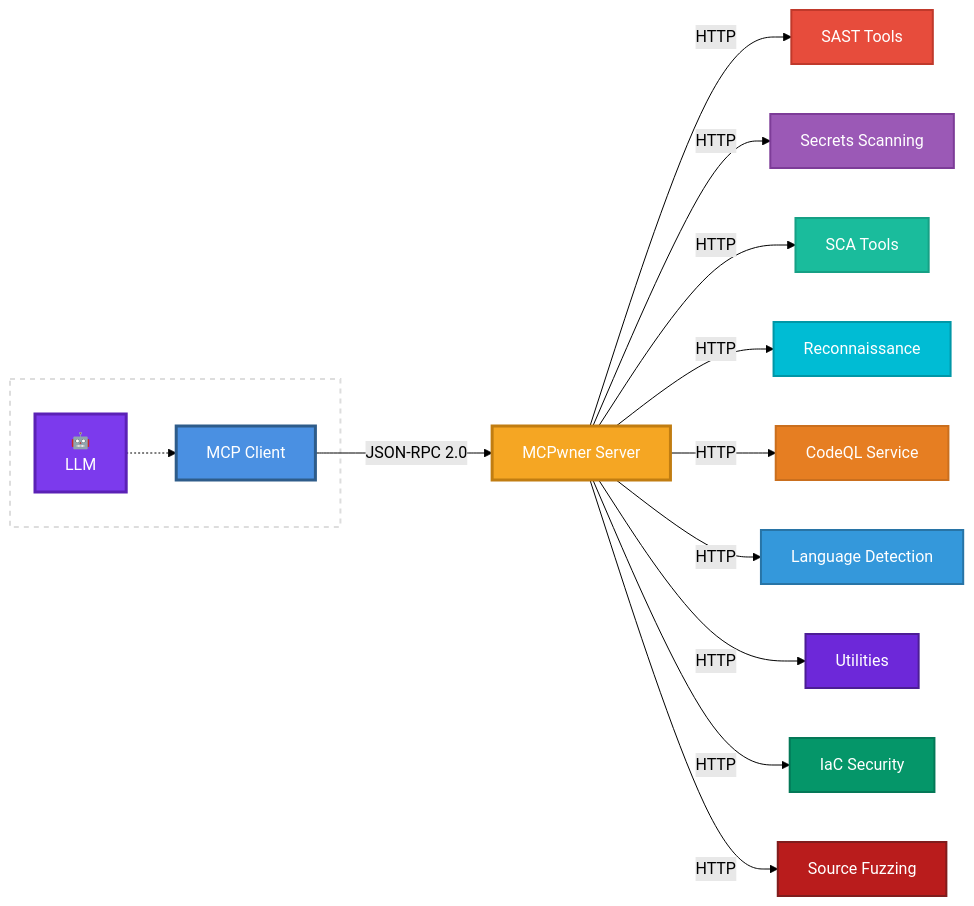
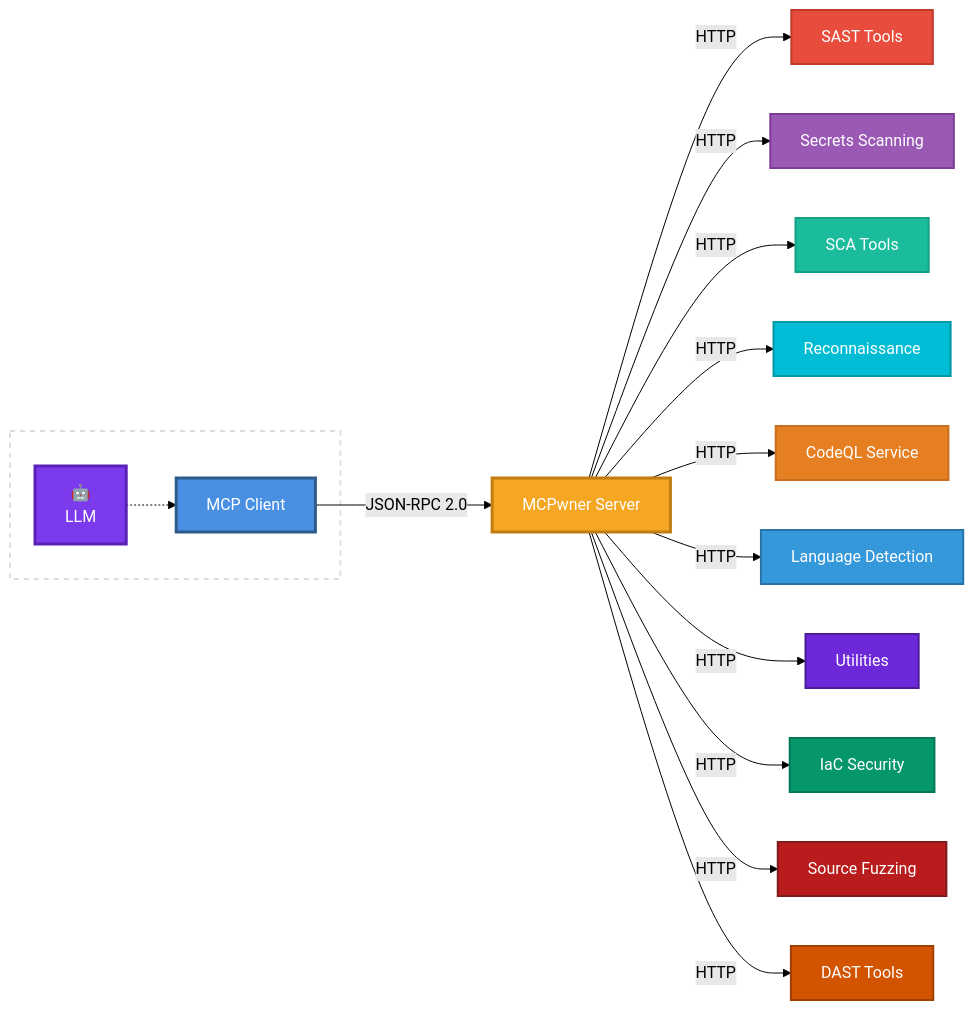
One commit to Pigyon/MCPwner changed the diagram in README.md. Above: the diagram before and after it, drawn with Mermaid (forest theme). The commit also changed other lines of this file and 8 other files, not shown here.

````diff
--- a/README.md
+++ b/README.md
@@ -302,45 +309,48 @@
 ```mermaid
 graph LR
     subgraph IDE[" "]
         LLM[🤖<br/>LLM]
         Client[MCP Client]
         LLM -.-> Client
     end
 
     Server[MCPwner Server]
 
     SAST[SAST Tools]
     Secrets[Secrets Scanning]
     SCA[SCA Tools]
     Recon[Reconnaissance]
     CodeQL[CodeQL Service]
     Linguist[Language Detection]
     Utilities[Utilities]
     IaC[IaC Security]
     Fuzzing[Source Fuzzing]
+    DAST[DAST Tools]
 
     Client -->|JSON-RPC 2.0| Server
     Server -->|HTTP| SAST
     Server -->|HTTP| Secrets
     Server -->|HTTP| SCA
     Server -->|HTTP| Recon
     Server -->|HTTP| CodeQL
     Server -->|HTTP| Linguist
     Server -->|HTTP| Utilities
     Server -->|HTTP| IaC
     Server -->|HTTP| Fuzzing
+    Server -->|HTTP| DAST
 
     style LLM fill:#7C3AED,stroke:#5B21B6,stroke-width:3px,color:#fff
     style Client fill:#4A90E2,stroke:#2E5C8A,stroke-width:3px,color:#fff
     style Server fill:#F5A623,stroke:#C17D11,stroke-width:3px,color:#fff
     style SAST fill:#E74C3C,stroke:#C0392B,stroke-width:2px,color:#fff
     style Secrets fill:#9B59B6,stroke:#7D3C98,stroke-width:2px,color:#fff
     style SCA fill:#1ABC9C,stroke:#16A085,stroke-width:2px,color:#fff
     style Recon fill:#00BCD4,stroke:#0097A7,stroke-width:2px,color:#fff
     style CodeQL fill:#E67E22,stroke:#CA6F1E,stroke-width:2px,color:#fff
     style Linguist fill:#3498DB,stroke:#2874A6,stroke-width:2px,color:#fff
     style Utilities fill:#6D28D9,stroke:#4C1D95,stroke-width:2px,color:#fff
     style IaC fill:#059669,stroke:#047857,stroke-width:2px,color:#fff
     style Fuzzing fill:#B91C1C,stroke:#7F1D1D,stroke-width:2px,color:#fff
+    style DAST fill:#D35400,stroke:#A04000,stroke-width:2px,color:#fff
     style IDE fill:none,stroke:#ddd,stroke-width:2px,stroke-dasharray: 5 5
 ```
````
